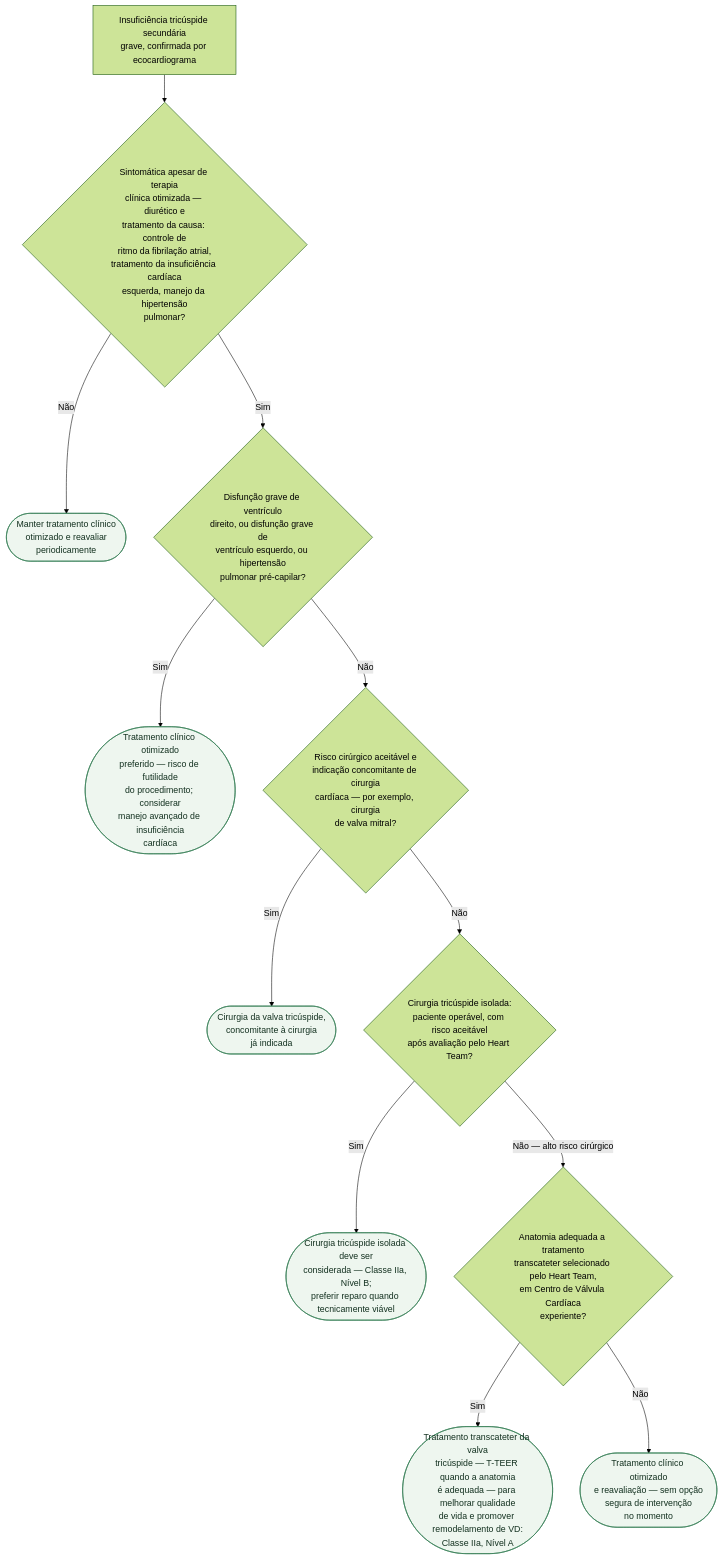
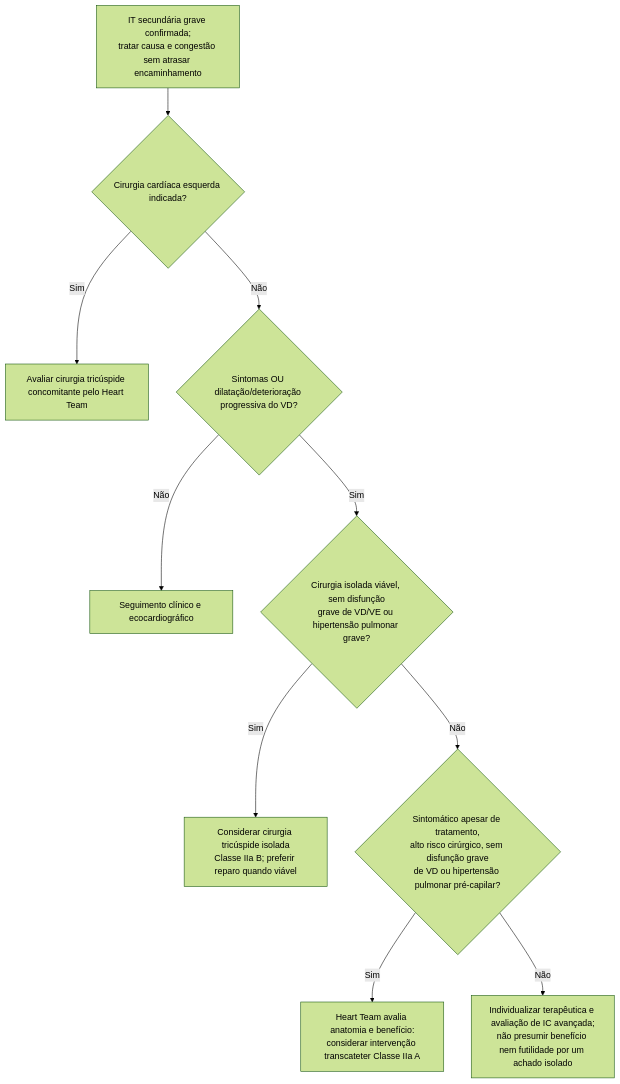
One commit to rafaelpaesmeirelles/MeuCardio changed the diagram in content/Valvopatias/fluxograma-insuficiencia-tricuspide-secundaria-grave-quando-intervir-esc-eacts-2025.md. Above: the diagram before and after it, drawn with Mermaid (forest theme). The commit also changed other lines of this file and 33 other files, not shown here.

````diff
--- a/content/Valvopatias/fluxograma-insuficiencia-tricuspide-secundaria-grave-quando-intervir-esc-eacts-2025.md
+++ b/content/Valvopatias/fluxograma-insuficiencia-tricuspide-secundaria-grave-quando-intervir-esc-eacts-2025.md
@@ -26,27 +40,12 @@
 ```mermaid
 flowchart TD
-  R0["Insuficiência tricúspide secundária<br/>grave, confirmada por ecocardiograma"] --> D1{"Sintomática apesar de terapia<br/>clínica otimizada — diurético e<br/>tratamento da causa: controle de<br/>ritmo da fibrilação atrial,<br/>tratamento da insuficiência cardíaca<br/>esquerda, manejo da hipertensão<br/>pulmonar?"}
-
-  D1 -->|"Não"| C1(["Manter tratamento clínico<br/>otimizado e reavaliar<br/>periodicamente"])
-
-  D1 -->|"Sim"| D2{"Disfunção grave de ventrículo<br/>direito, ou disfunção grave de<br/>ventrículo esquerdo, ou hipertensão<br/>pulmonar pré-capilar?"}
-
-  D2 -->|"Sim"| C2(["Tratamento clínico otimizado<br/>preferido — risco de futilidade<br/>do procedimento; considerar<br/>manejo avançado de insuficiência<br/>cardíaca"])
-
-  D2 -->|"Não"| D3{"Risco cirúrgico aceitável e<br/>indicação concomitante de cirurgia<br/>cardíaca — por exemplo, cirurgia<br/>de valva mitral?"}
-
-  D3 -->|"Sim"| C3(["Cirurgia da valva tricúspide,<br/>concomitante à cirurgia<br/>já indicada"])
-
-  D3 -->|"Não"| D3B{"Cirurgia tricúspide isolada:<br/>paciente operável, com risco aceitável<br/>após avaliação pelo Heart Team?"}
-
-  D3B -->|"Sim"| C3B(["Cirurgia tricúspide isolada deve ser<br/>considerada — Classe IIa, Nível B;<br/>preferir reparo quando tecnicamente viável"])
-
-  D3B -->|"Não — alto risco cirúrgico"| D4{"Anatomia adequada a tratamento<br/>transcateter selecionado pelo Heart Team,<br/>em Centro de Válvula Cardíaca<br/>experiente?"}
-
-  D4 -->|"Sim"| C4(["Tratamento transcateter da valva<br/>tricúspide — T-TEER quando a anatomia<br/>é adequada — para melhorar qualidade<br/>de vida e promover remodelamento de VD:<br/>Classe IIa, Nível A"])
-
-  D4 -->|"Não"| C5(["Tratamento clínico otimizado<br/>e reavaliação — sem opção<br/>segura de intervenção<br/>no momento"])
-
-  classDef conduta fill:#eef6ef,stroke:#2f7a4f,color:#12301f;
-  class C1,C2,C3,C3B,C4,C5 conduta;
+ R["IT secundária grave confirmada;<br/>tratar causa e congestão sem atrasar encaminhamento"] --> A{"Cirurgia cardíaca esquerda indicada?"}
+ A -->|Sim| B["Avaliar cirurgia tricúspide concomitante pelo Heart Team"]
+ A -->|Não| C{"Sintomas OU dilatação/deterioração progressiva do VD?"}
+ C -->|Não| D["Seguimento clínico e ecocardiográfico"]
+ C -->|Sim| E{"Cirurgia isolada viável, sem disfunção<br/>grave de VD/VE ou hipertensão pulmonar grave?"}
+ E -->|Sim| F["Considerar cirurgia tricúspide isolada<br/>Classe IIa B; preferir reparo quando viável"]
+ E -->|Não| G{"Sintomático apesar de tratamento,<br/>alto risco cirúrgico, sem disfunção grave<br/>de VD ou hipertensão pulmonar pré-capilar?"}
+ G -->|Sim| H["Heart Team avalia anatomia e benefício:<br/>considerar intervenção transcateter Classe IIa A"]
+ G -->|Não| I["Individualizar terapêutica e avaliação de IC avançada;<br/>não presumir benefício nem futilidade por um achado isolado"]
 ```
````
